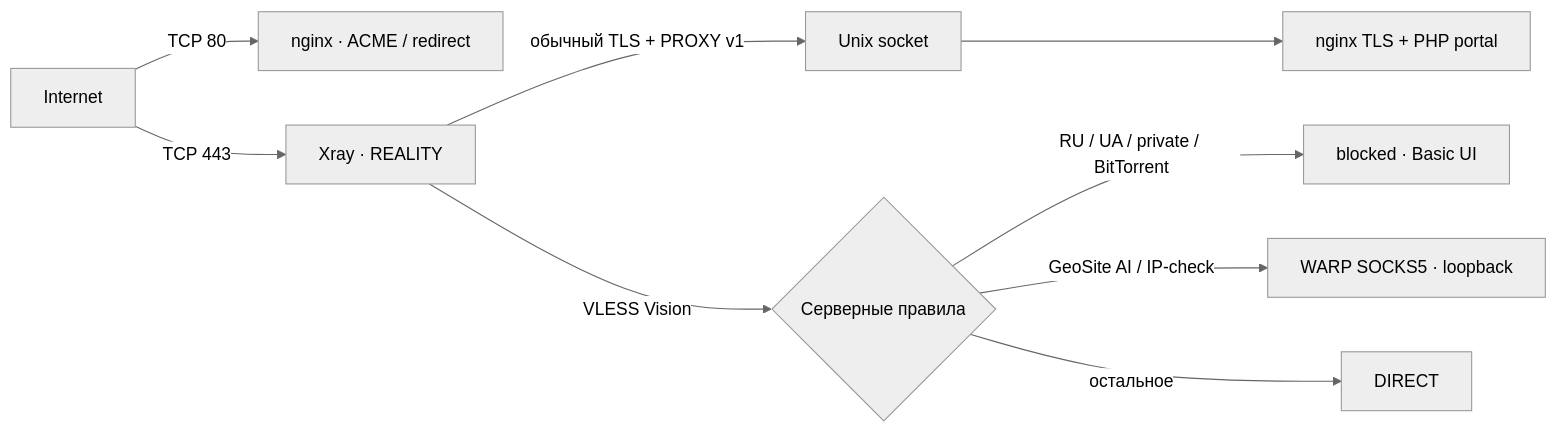
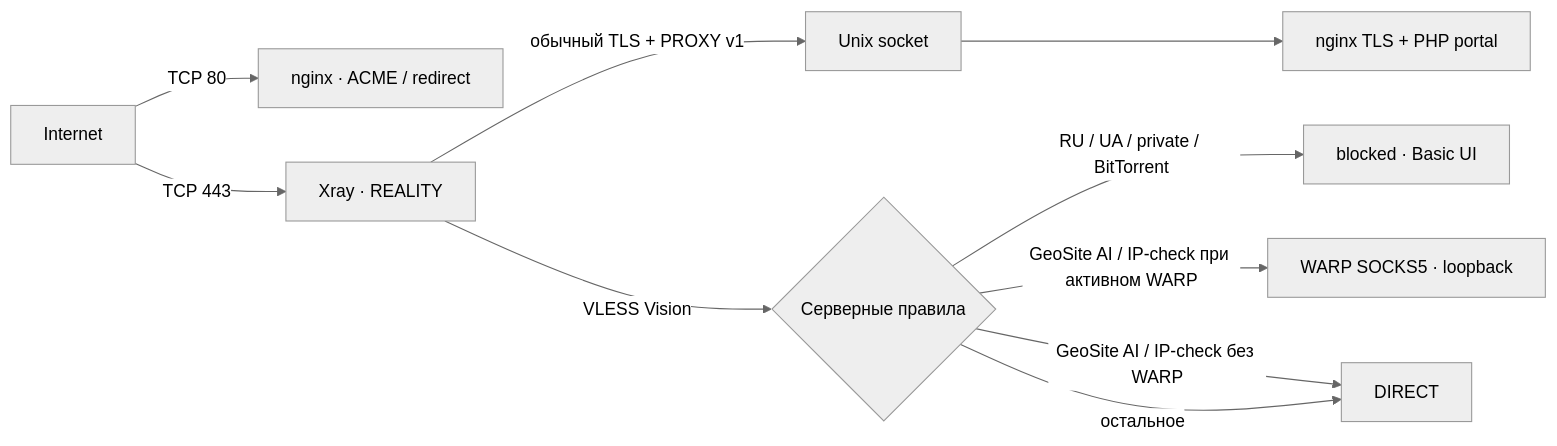
Before and after one commit to DaMistic727/Bob-auto-xray: the diagram in README.md, drawn with Mermaid (neutral theme). The commit also changed other lines of this file and 49 other files, not shown here.

````diff
--- a/README.md
+++ b/README.md
@@ -69,11 +70,12 @@
 ```mermaid
 flowchart LR
     Internet -->|TCP 80| HTTP[nginx · ACME / redirect]
     Internet -->|TCP 443| REALITY[Xray · REALITY]
     REALITY -->|обычный TLS + PROXY v1| Socket[Unix socket]
     Socket --> Portal[nginx TLS + PHP portal]
     REALITY -->|VLESS Vision| Rules{Серверные правила}
     Rules -->|RU / UA / private / BitTorrent| Block[blocked · Basic UI]
-    Rules -->|GeoSite AI / IP-check| WARP[WARP SOCKS5 · loopback]
+    Rules -->|GeoSite AI / IP-check при активном WARP| WARP[WARP SOCKS5 · loopback]
+    Rules -->|GeoSite AI / IP-check без WARP| Direct
     Rules -->|остальное| Direct[DIRECT]
 ```
````
